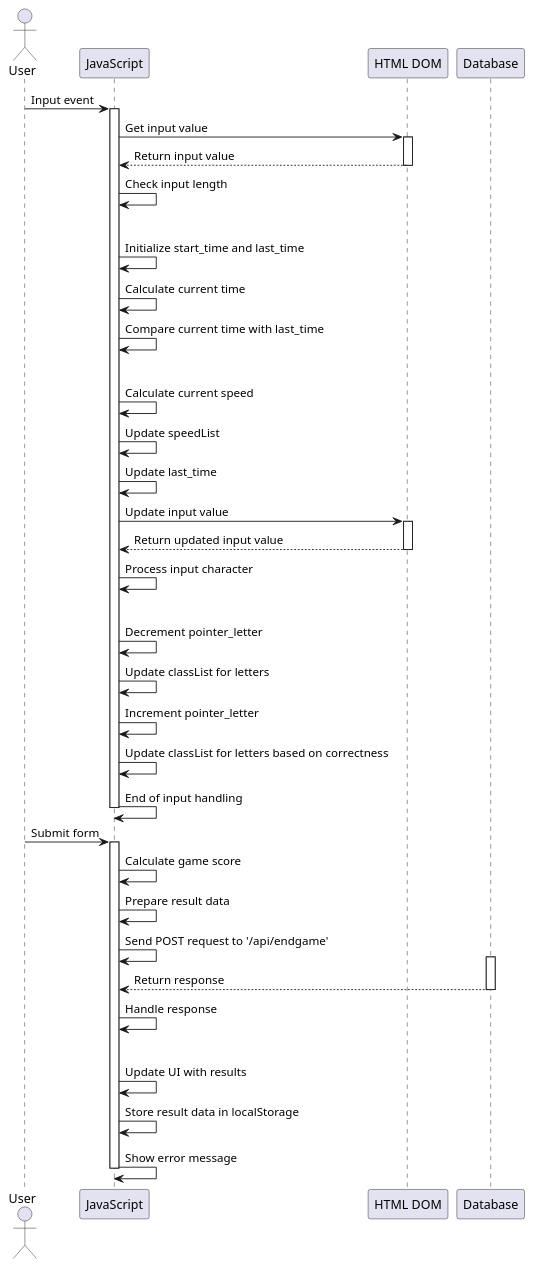
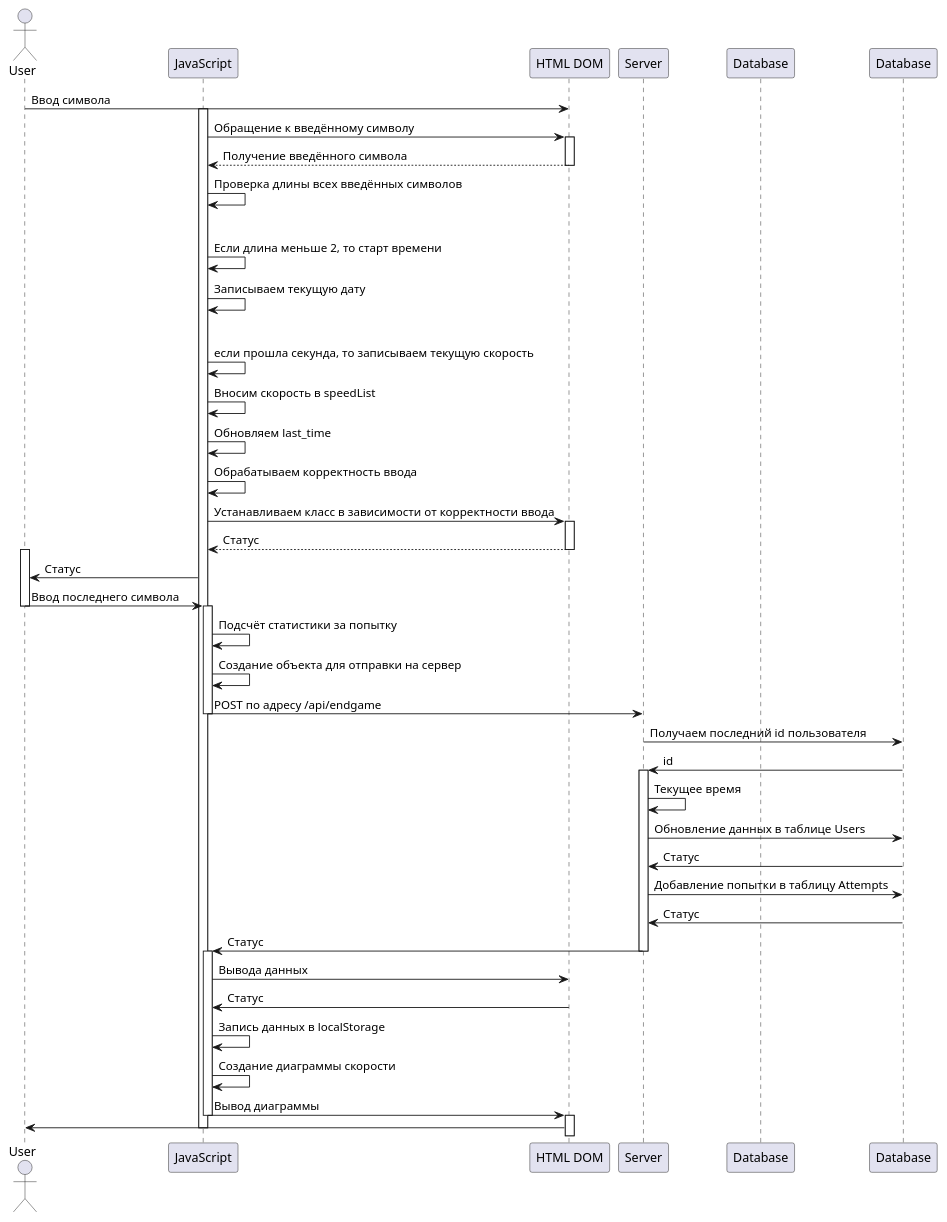
The diagram in docs/diagrams/sequense_diag.puml (danelloptz/typeguru), drawn with PlantUML before and after one commit. The commit also changed 2 other files, not shown here.

```diff
--- a/docs/diagrams/sequense_diag.puml
+++ b/docs/diagrams/sequense_diag.puml
@@ -1,51 +1,60 @@
 @startuml
 actor User
 participant "JavaScript" as JS
 participant "HTML DOM" as DOM
+participant "Server" as Server
 participant "Database" as DB
 
-User -> JS: Input event
+User -> DOM: Ввод символа
 activate JS
-JS -> DOM: Get input value
+JS -> DOM: Обращение к введённому символу
 activate DOM
-DOM --> JS: Return input value
+DOM --> JS: Получение введённого символа
 deactivate DOM
-JS -> JS: Check input length
+JS -> JS: Проверка длины всех введённых символов
 alt length < 2
-    JS -> JS: Initialize start_time and last_time
+    JS -> JS: Если длина меньше 2, то старт времени
 else
-    JS -> JS: Calculate current time
-    JS -> JS: Compare current time with last_time
+    JS -> JS: Записываем текущую дату
     alt current time - start_time >= last_time - start_time
-        JS -> JS: Calculate current speed
-        JS -> JS: Update speedList
-        JS -> JS: Update last_time
-JS -> DOM: Update input value
+        JS -> JS: если прошла секунда, то записываем текущую скорость
+        JS -> JS: Вносим скорость в speedList
+        JS -> JS: Обновляем last_time
+JS -> JS: Обрабатываем корректность ввода
+JS -> DOM: Устанавливаем класс в зависимости от корректности ввода
 activate DOM
-DOM --> JS: Return updated input value
+DOM --> JS: Статус
 deactivate DOM
-JS -> JS: Process input character
-alt backspace pressed
-    JS -> JS: Decrement pointer_letter
-    JS -> JS: Update classList for letters
-else
-    JS -> JS: Increment pointer_letter
-    JS -> JS: Update classList for letters based on correctness
-JS -> JS: End of input handling
+activate User
+JS -> User : Статус
+User -> JS : Ввод последнего символа
+deactivate User
+activate JS
+JS -> JS : Подсчёт статистики за попытку
+JS -> JS :Создание объекта для отправки на сервер
+JS -> Server : POST по адресу /api/endgame
 deactivate JS
-User -> JS: Submit form
+Server -> Database : Получаем последний id пользователя
+Database -> Server : id
+activate Server
+Server -> Server : Текущее время
+Server -> Database : Обновление данных в таблице Users 
+Database -> Server : Статус
+Server -> Database : Добавление попытки в таблицу Attempts
+Database -> Server : Статус
+Server -> JS : Статус
+deactivate Server
 activate JS
-JS -> JS: Calculate game score
-JS -> JS: Prepare result data
-JS -> JS: Send POST request to '/api/endgame'
-activate DB
-DB --> JS: Return response
-deactivate DB
-JS -> JS: Handle response
-alt response indicates success
-    JS -> JS: Update UI with results
-    JS -> JS: Store result data in localStorage
-else
-    JS -> JS: Show error message
+JS -> DOM : Вывода данных
+DOM -> JS : Статус
+JS -> JS : Запись данных в localStorage
+JS -> JS : Создание диаграммы скорости
+JS -> DOM : Вывод диаграммы
+deactivate JS
+activate DOM
+DOM -> User 
+
+
+
 deactivate JS
 @enduml
```
